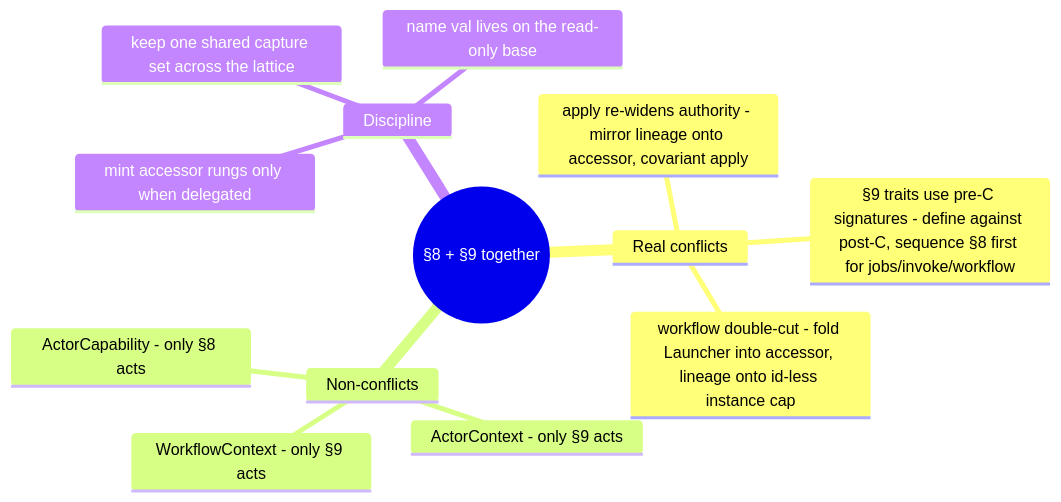
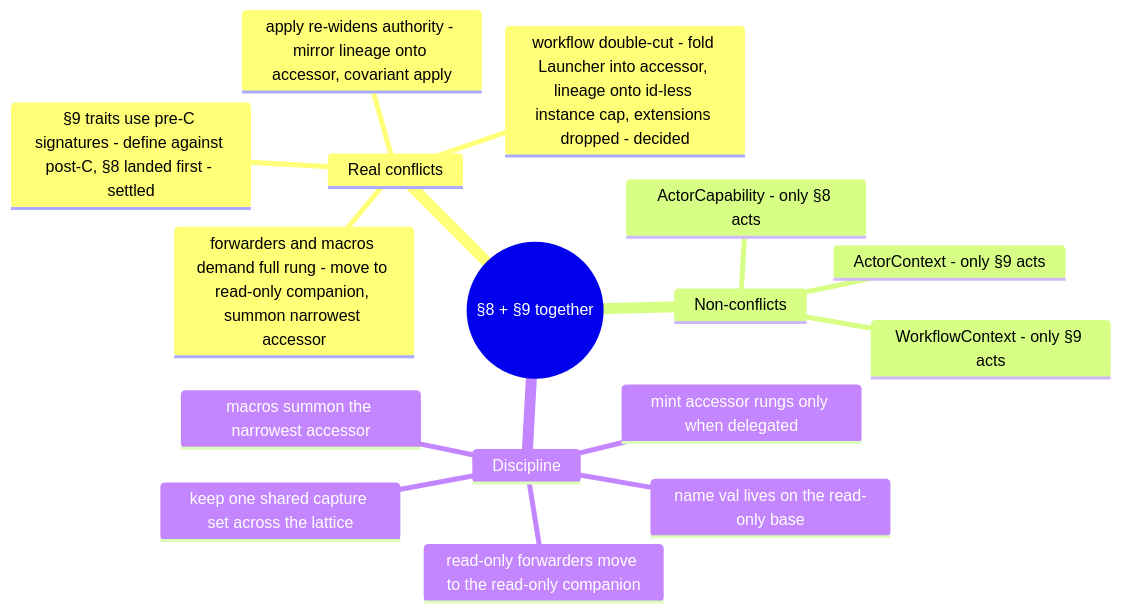
Diagram 42 of 43 in docs/CAPABILITY-SPLITS.md (sideeffffect/dapr4s), drawn with Mermaid before and after one commit. The commit also changed other lines of this file and 297 other files, not shown here.

````diff
--- a/docs/CAPABILITY-SPLITS.md
+++ b/docs/CAPABILITY-SPLITS.md
@@ -981,16 +1021,19 @@
 ```mermaid
 mindmap
   root((§8 + §9 together))
     Real conflicts
       apply re-widens authority - mirror lineage onto accessor, covariant apply
-      §9 traits use pre-C signatures - define against post-C, sequence §8 first for jobs/invoke/workflow
-      workflow double-cut - fold Launcher into accessor, lineage onto id-less instance cap
+      §9 traits use pre-C signatures - define against post-C, §8 landed first - settled
+      workflow double-cut - fold Launcher into accessor, lineage onto id-less instance cap, extensions dropped - decided
+      forwarders and macros demand full rung - move to read-only companion, summon narrowest accessor
     Non-conflicts
       ActorCapability - only §8 acts
       ActorContext - only §9 acts
       WorkflowContext - only §9 acts
     Discipline
       mint accessor rungs only when delegated
       keep one shared capture set across the lattice
       name val lives on the read-only base
+      read-only forwarders move to the read-only companion
+      macros summon the narrowest accessor
 ```
````
